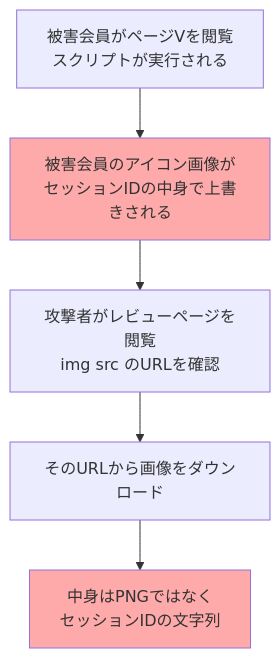
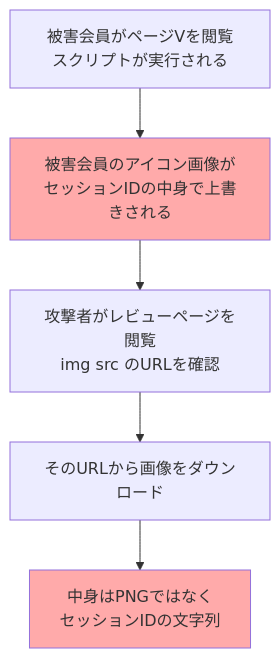
Before and after one commit to self-study-engineer/study-technology: the fourth of 28 diagrams in セキュリティ/情報処理安全確保支援士/令和5年度_秋期_午後_解説.md, drawn with Mermaid. The commit also changed other lines of this file and 2 other files, not shown here.

````diff
--- a/セキュリティ/情報処理安全確保支援士/令和5年度_秋期_午後_解説.md
+++ b/セキュリティ/情報処理安全確保支援士/令和5年度_秋期_午後_解説.md
@@ -232,9 +232,9 @@
 ```mermaid
 flowchart
-  A["被害会員がページVを閲覧<br/>スクリプトが実行される"] --> B["被害会員のアイコン画像が<br/>セッションIDの中身で上書きされる"]
+  A["被害会員がページVを閲覧スクリプトが実行される"] --> B["被害会員のアイコン画像が<br/>セッションIDの中身で上書きされる"]
   B --> C["攻撃者がレビューページを閲覧<br/>img src のURLを確認"]
   C --> D["そのURLから画像をダウンロード"]
   D --> E["中身はPNGではなく<br/>セッションIDの文字列"]
   style B fill:#faa
   style E fill:#faa
 ```
````
